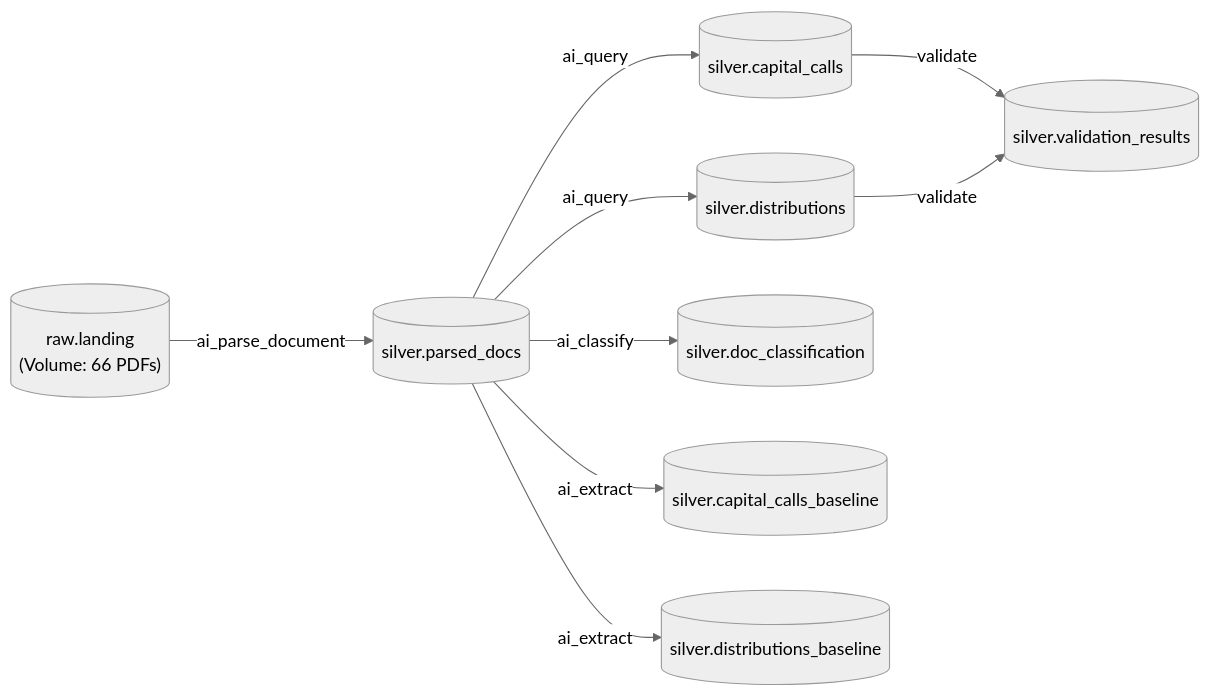
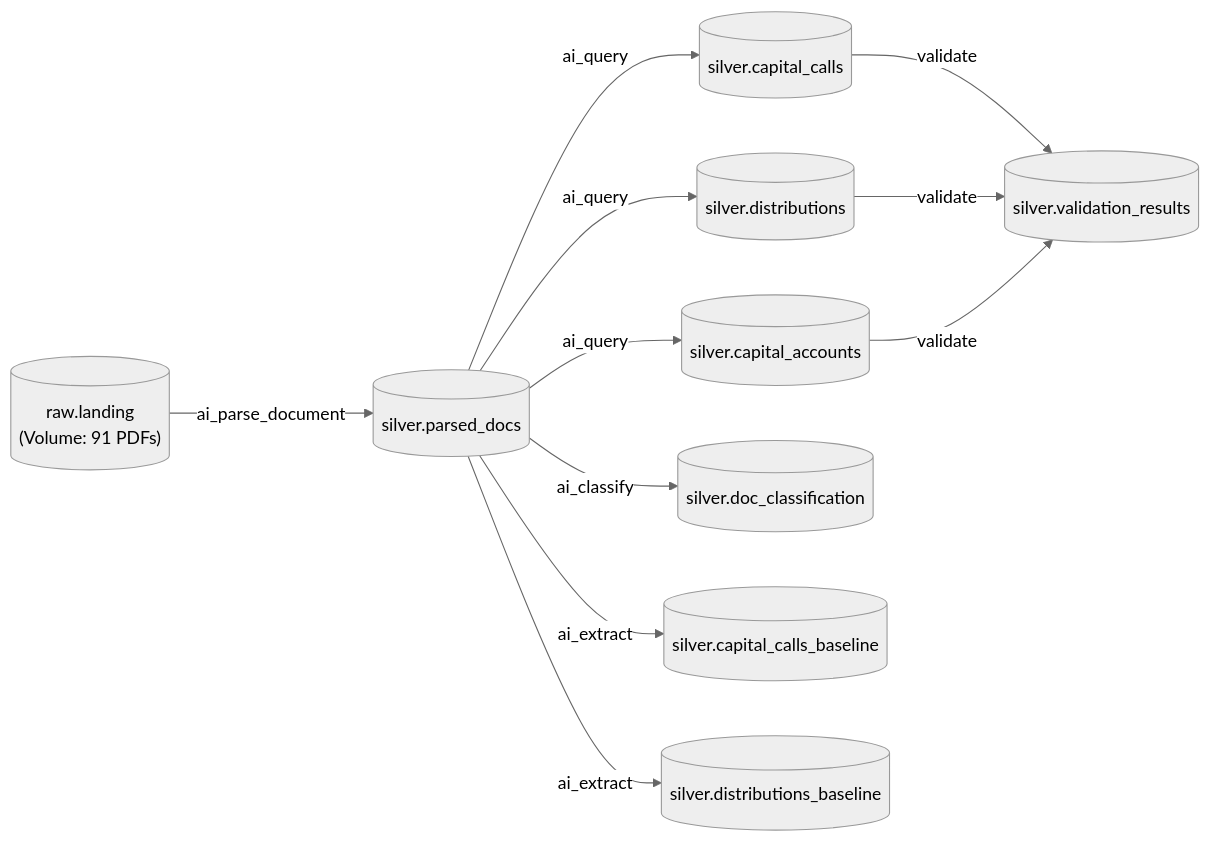
The sixth of 6 diagrams in docs/architecture.md (davendra/agentic-fund-ops), drawn with Mermaid (neutral theme) before and after one commit. The commit also changed other lines of this file and 52 other files, not shown here.

````diff
--- a/docs/architecture.md
+++ b/docs/architecture.md
@@ -151,20 +156,23 @@
 ```mermaid
 flowchart LR
-    V[("raw.landing<br/>(Volume: 66 PDFs)")]
+    V[("raw.landing<br/>(Volume: 91 PDFs)")]
     PD[("silver.parsed_docs")]
     CC[("silver.capital_calls")]
     DI[("silver.distributions")]
+    CA[("silver.capital_accounts")]
     DC[("silver.doc_classification")]
     VR[("silver.validation_results")]
     CCB[("silver.capital_calls_baseline")]
     DIB[("silver.distributions_baseline")]
 
     V -->|ai_parse_document| PD
     PD -->|ai_query| CC
     PD -->|ai_query| DI
+    PD -->|ai_query| CA
     PD -->|ai_extract| CCB
     PD -->|ai_extract| DIB
     PD -->|ai_classify| DC
     CC -->|validate| VR
     DI -->|validate| VR
+    CA -->|validate| VR
 ```
````
